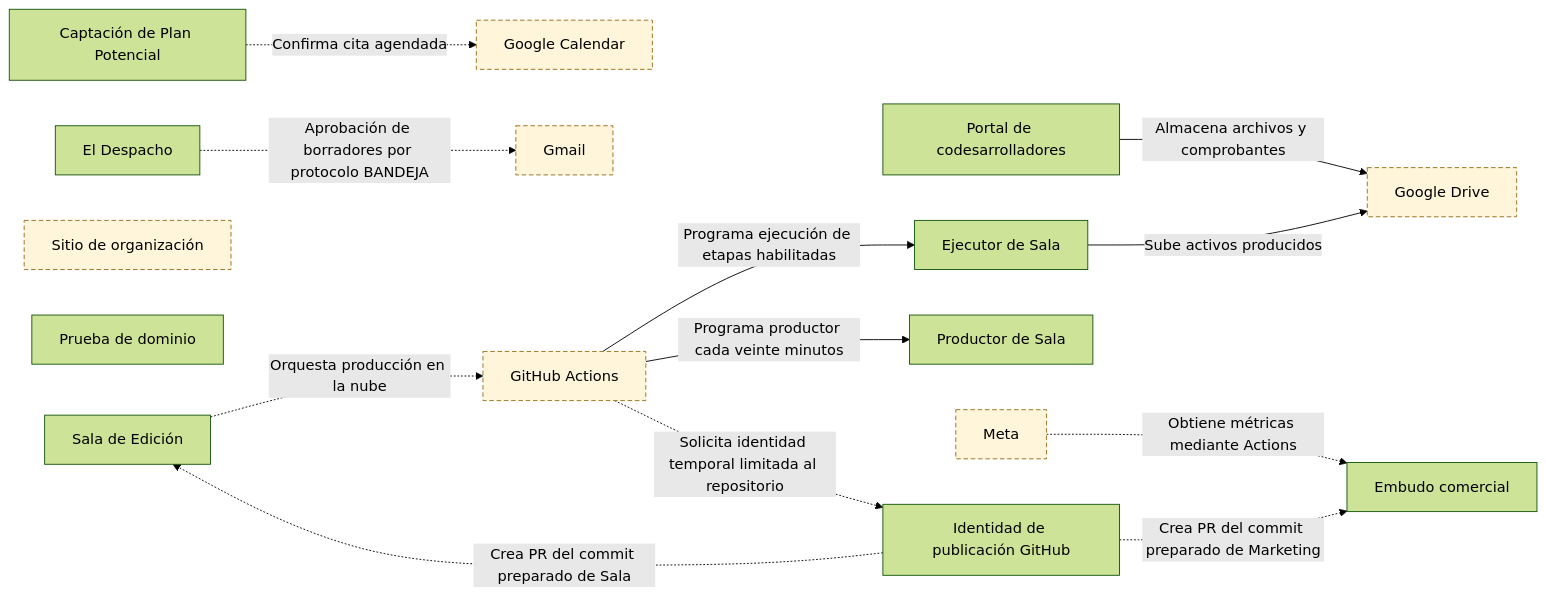
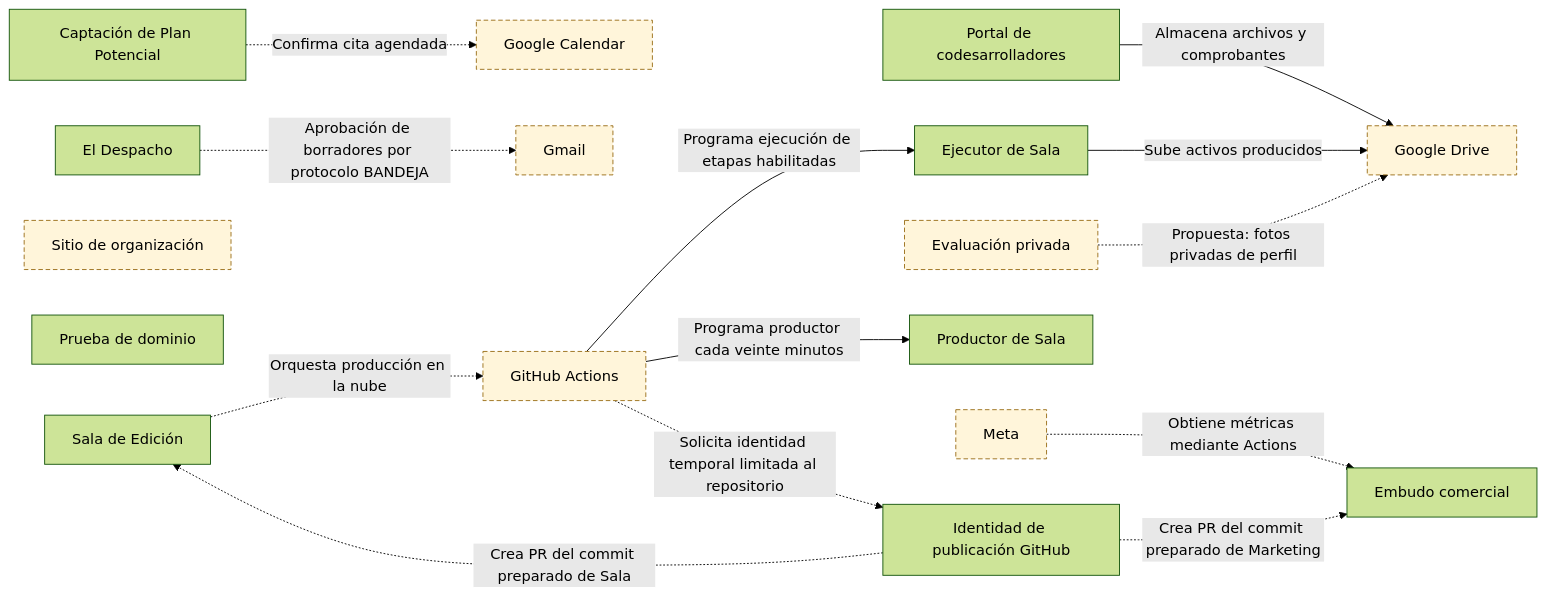
One commit to yodesarrollomx/yod-portal changed the eighth of 9 diagrams in docs/arquitectura/mapas.md. Above: the diagram before and after it, drawn with Mermaid (forest theme). The commit also changed other lines of this file and 7 other files, not shown here.

Commit message:
docs: proponer perfil fotográfico privado y autorización propia EMD

````diff
--- a/docs/arquitectura/mapas.md
+++ b/docs/arquitectura/mapas.md
@@ -304,36 +307,39 @@
 ```mermaid
 flowchart LR
   n_SYS_DESPACHO["El Despacho"]
   n_SYS_MARKETING["Embudo comercial"]
   n_SYS_SALA["Sala de Edición"]
   n_SYS_SITIO_ORG["Sitio de organización"]
   n_SYS_PRUEBA_DOMINIO["Prueba de dominio"]
   n_GAS_PLAN_POTENCIAL["Captación de Plan Potencial"]
   n_GAS_CODES["Portal de codesarrolladores"]
+  n_GAS_EMD["Evaluación privada"]
   n_EXT_DRIVE["Google Drive"]
   n_EXT_CALENDAR["Google Calendar"]
   n_EXT_META["Meta"]
   n_EXT_GMAIL["Gmail"]
   n_EXT_ACTIONS["GitHub Actions"]
   n_SVC_SALA_PRODUCTOR["Productor de Sala"]
   n_SVC_SALA_EJECUTOR["Ejecutor de Sala"]
   n_EXT_GITHUB_PUBLISHER_APP["Identidad de publicación GitHub"]
   n_GAS_PLAN_POTENCIAL -.->|Confirma cita agendada| n_EXT_CALENDAR
   n_EXT_META -.->|Obtiene métricas mediante Actions| n_SYS_MARKETING
   n_SYS_DESPACHO -.->|Aprobación de borradores por protocolo BANDEJA| n_EXT_GMAIL
   n_GAS_CODES -->|Almacena archivos y comprobantes| n_EXT_DRIVE
   n_SYS_SALA -.->|Orquesta producción en la nube| n_EXT_ACTIONS
   n_EXT_ACTIONS -->|Programa productor cada veinte minutos| n_SVC_SALA_PRODUCTOR
   n_EXT_ACTIONS -->|Programa ejecución de etapas habilitadas| n_SVC_SALA_EJECUTOR
   n_SVC_SALA_EJECUTOR -->|Sube activos producidos| n_EXT_DRIVE
   n_EXT_ACTIONS -.->|Solicita identidad temporal limitada al repositorio| n_EXT_GITHUB_PUBLISHER_APP
   n_EXT_GITHUB_PUBLISHER_APP -.->|Crea PR del commit preparado de Sala| n_SYS_SALA
   n_EXT_GITHUB_PUBLISHER_APP -.->|Crea PR del commit preparado de Marketing| n_SYS_MARKETING
+  n_GAS_EMD -.->|Propuesta: fotos privadas de perfil| n_EXT_DRIVE
   classDef pendiente fill:#fff5da,stroke:#996d16,stroke-dasharray:5 3;
   class n_SYS_SITIO_ORG pendiente;
+  class n_GAS_EMD pendiente;
   class n_EXT_DRIVE pendiente;
   class n_EXT_CALENDAR pendiente;
   class n_EXT_META pendiente;
   class n_EXT_GMAIL pendiente;
   class n_EXT_ACTIONS pendiente;
 ```
````
